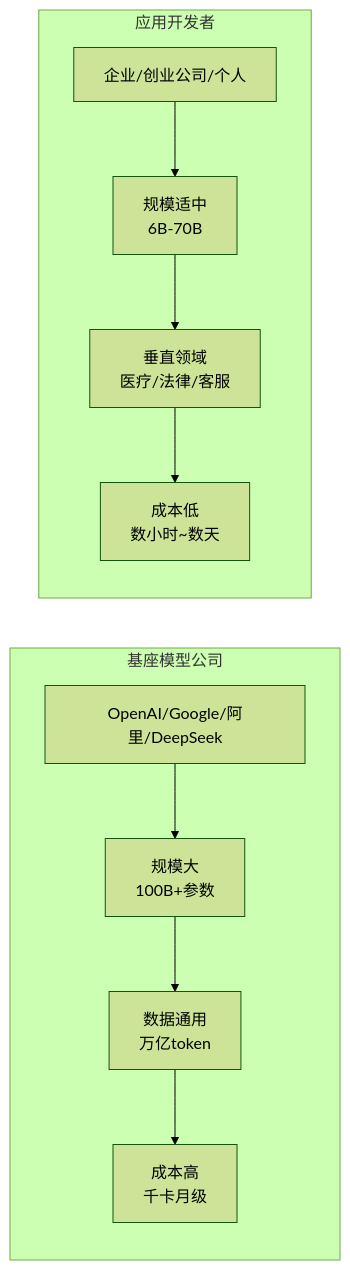
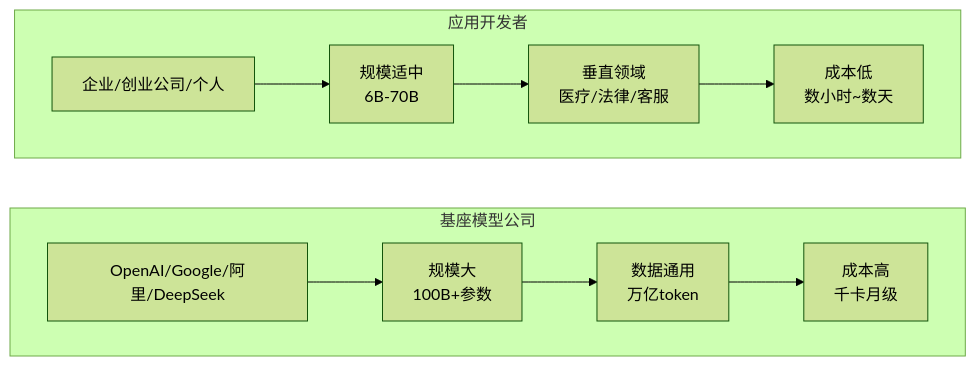
Before and after one commit to Rochsen/VVBP: the second of 13 diagrams in src/learn/aiApplicationEngineer/12llmFineTune.md, drawn with Mermaid (forest theme). The commit also changed other lines of this file, not shown here.

Commit message:
style: 修改12课图像

````diff
--- a/src/learn/aiApplicationEngineer/12llmFineTune.md
+++ b/src/learn/aiApplicationEngineer/12llmFineTune.md
@@ -34,14 +34,16 @@
 ```mermaid
 graph LR
     subgraph 基座模型公司
-        A1[OpenAI/Google/阿里/DeepSeek] --> A2[规模大<br/>100B+参数]
-        A2 --> A3[数据通用<br/>万亿token]
-        A3 --> A4[成本高<br/>千卡月级]
+        direction LR
+        A1[OpenAI/Google/阿里/DeepSeek] --> A2[规模大<br>100B+参数]
+        A2 --> A3[数据通用<br>万亿token]
+        A3 --> A4[成本高<br>千卡月级]
     end
 
     subgraph 应用开发者
-        B1[企业/创业公司/个人] --> B2[规模适中<br/>6B-70B]
-        B2 --> B3[垂直领域<br/>医疗/法律/客服]
-        B3 --> B4[成本低<br/>数小时~数天]
+        direction LR
+        B1[企业/创业公司/个人] --> B2[规模适中<br>6B-70B]
+        B2 --> B3[垂直领域<br>医疗/法律/客服]
+        B3 --> B4[成本低<br>数小时~数天]
     end
 ```
````
